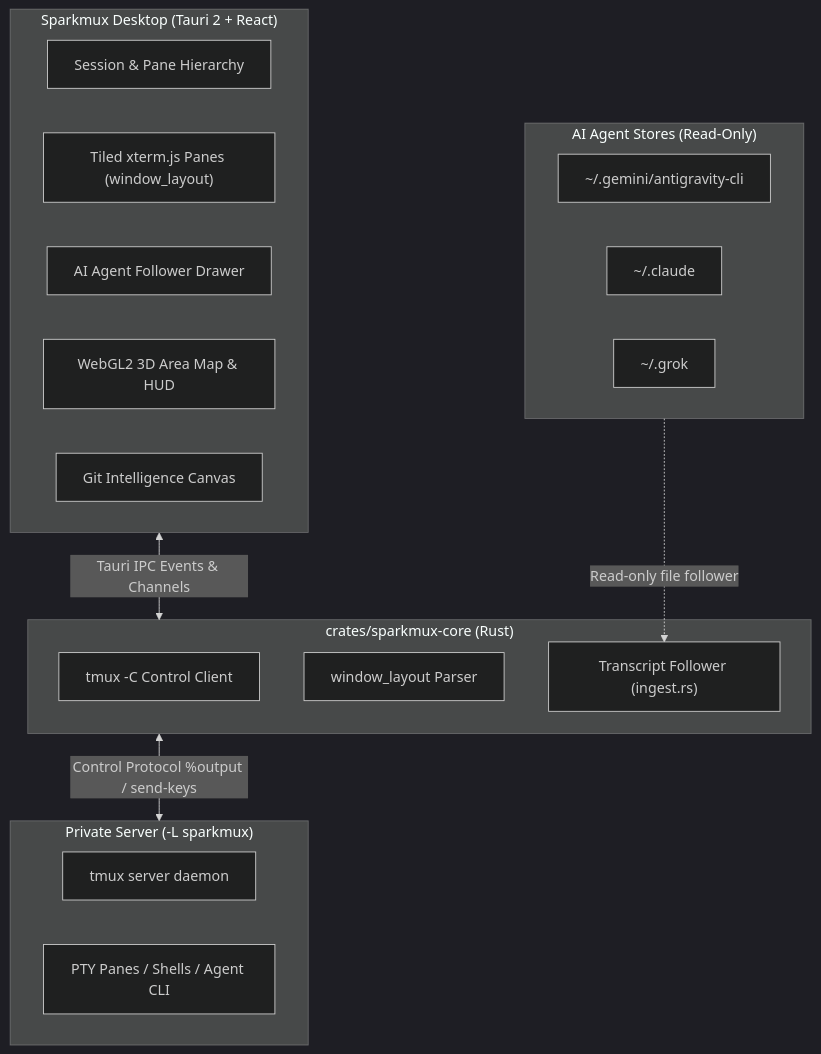
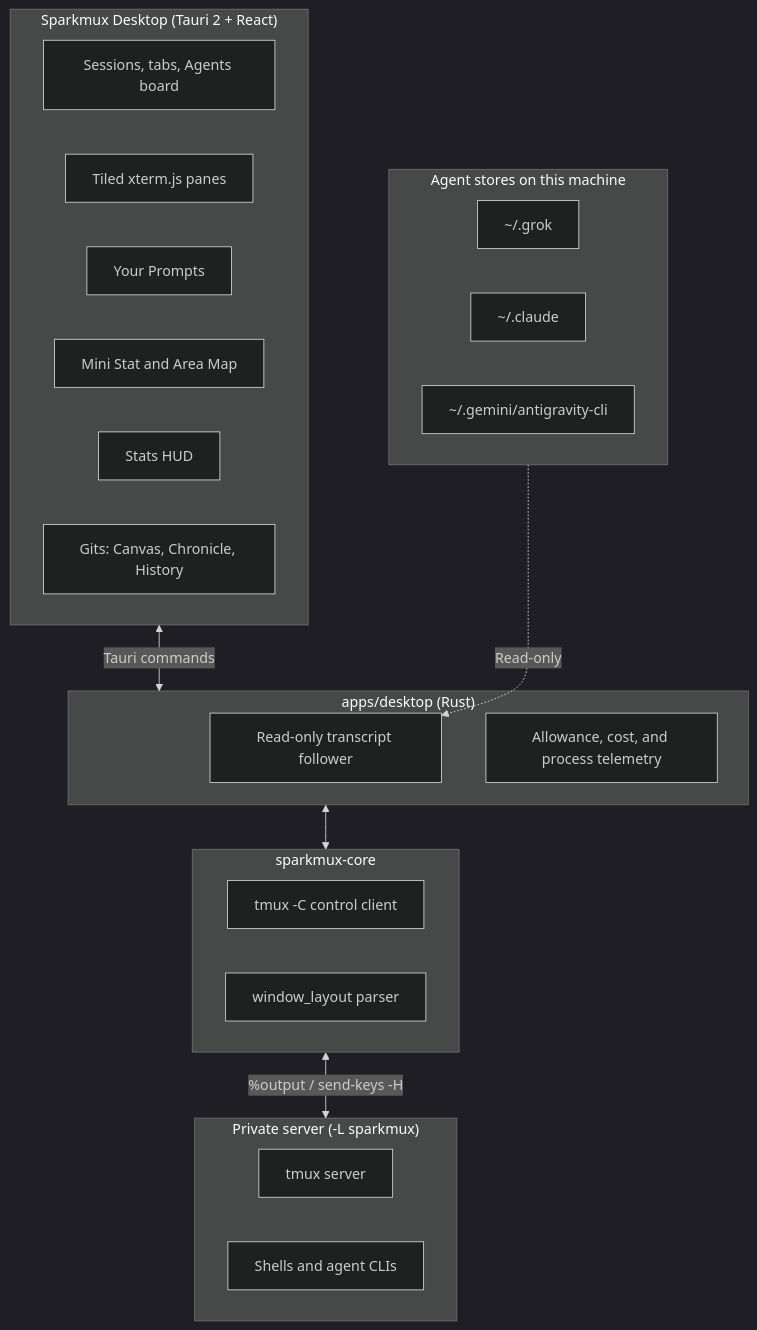
One commit to darrenkoh/sparkmux changed the diagram in README.md. Above: the diagram before and after it, drawn with Mermaid (dark theme). The commit also changed other lines of this file and 4 other files, not shown here.

Commit message:
feat(hud): enhance Cache Efficiency & Code Delta telemetry with dual meters, savings, and diff bar

````diff
--- a/README.md
+++ b/README.md
@@ -151,31 +163,37 @@
 ```mermaid
 flowchart TD
     subgraph UI ["Sparkmux Desktop (Tauri 2 + React)"]
-        Sidebar["Session & Pane Hierarchy"]
-        Terminals["Tiled xterm.js Panes (window_layout)"]
-        Drawer["AI Agent Follower Drawer"]
-        Terrain["WebGL2 3D Area Map & HUD"]
-        Gits["Git Intelligence Canvas"]
+        Sidebar["Sessions, tabs, Agents board"]
+        Terminals["Tiled xterm.js panes"]
+        Prompts["Your Prompts"]
+        Mini["Mini Stat and Area Map"]
+        Stats["Stats HUD"]
+        Gits["Gits: Canvas, Chronicle, History"]
     end
 
-    subgraph Core ["crates/sparkmux-core (Rust)"]
-        Client["tmux -C Control Client"]
-        LayoutParser["window_layout Parser"]
-        Follower["Transcript Follower (ingest.rs)"]
+    subgraph Desktop ["apps/desktop (Rust)"]
+        Follower["Read-only transcript follower"]
+        Usage["Allowance, cost, and process telemetry"]
     end
 
-    subgraph TmuxServer ["Private Server (-L sparkmux)"]
-        TmuxD["tmux server daemon"]
-        Panes["PTY Panes / Shells / Agent CLI"]
+    subgraph Core ["sparkmux-core"]
+        Client["tmux -C control client"]
+        LayoutParser["window_layout parser"]
     end
 
-    subgraph Agents ["AI Agent Stores (Read-Only)"]
-        AGY["~/.gemini/antigravity-cli"]
-        Claude["~/.claude"]
-        Grok["~/.grok"]
+    subgraph TmuxServer ["Private server (-L sparkmux)"]
+        TmuxD["tmux server"]
+        Panes["Shells and agent CLIs"]
     end
 
-    UI <-->|"Tauri IPC Events & Channels"| Core
-    Core <-->|"Control Protocol %output / send-keys"| TmuxServer
-    Agents -.->|"Read-only file follower"| Follower
+    subgraph Agents ["Agent stores on this machine"]
+        Grok["~/.grok"]
+        Claude["~/.claude"]
+        AGY["~/.gemini/antigravity-cli"]
+    end
+
+    UI <-->|"Tauri commands"| Desktop
+    Desktop <--> Core
+    Core <-->|"%output / send-keys -H"| TmuxServer
+    Agents -.->|"Read-only"| Follower
 ```
````
